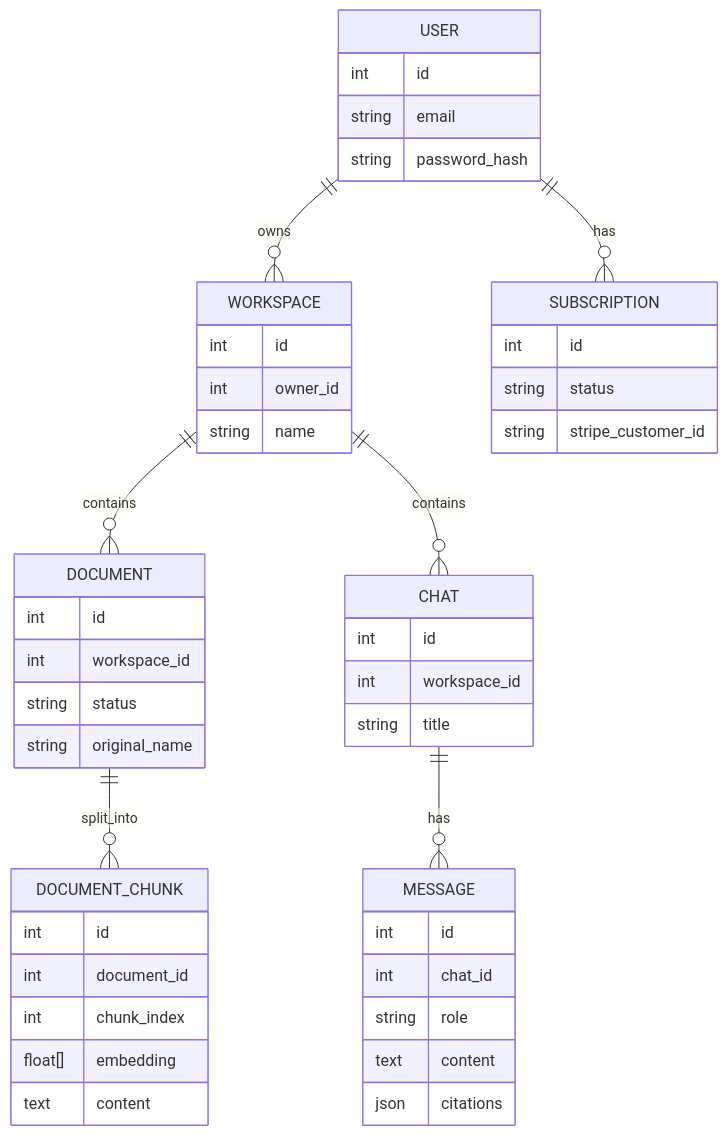
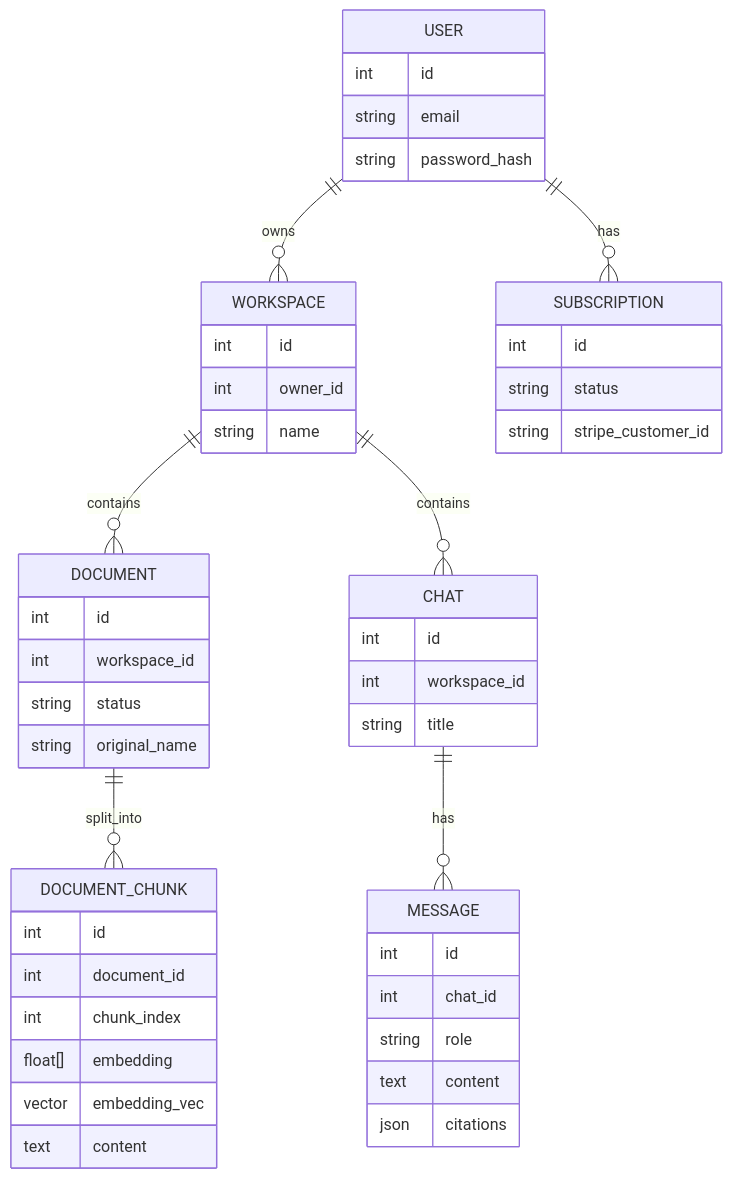
Before and after one commit to Samuel-Hailemariam-Seifu/ai-document-q-a-saas: the fifth of 5 diagrams in README.md, drawn with Mermaid. The commit also changed other lines of this file and 22 other files, not shown here.

````diff
--- a/README.md
+++ b/README.md
@@ -171,50 +171,51 @@
 ```mermaid
 erDiagram
   USER ||--o{ WORKSPACE : owns
   USER ||--o{ SUBSCRIPTION : has
   WORKSPACE ||--o{ DOCUMENT : contains
   WORKSPACE ||--o{ CHAT : contains
   DOCUMENT ||--o{ DOCUMENT_CHUNK : split_into
   CHAT ||--o{ MESSAGE : has
 
   USER {
     int id
     string email
     string password_hash
   }
   WORKSPACE {
     int id
     int owner_id
     string name
   }
   DOCUMENT {
     int id
     int workspace_id
     string status
     string original_name
   }
   DOCUMENT_CHUNK {
     int id
     int document_id
     int chunk_index
     float[] embedding
+    vector embedding_vec
     text content
   }
   CHAT {
     int id
     int workspace_id
     string title
   }
   MESSAGE {
     int id
     int chat_id
     string role
     text content
     json citations
   }
   SUBSCRIPTION {
     int id
     string status
     string stripe_customer_id
   }
 ```
````
